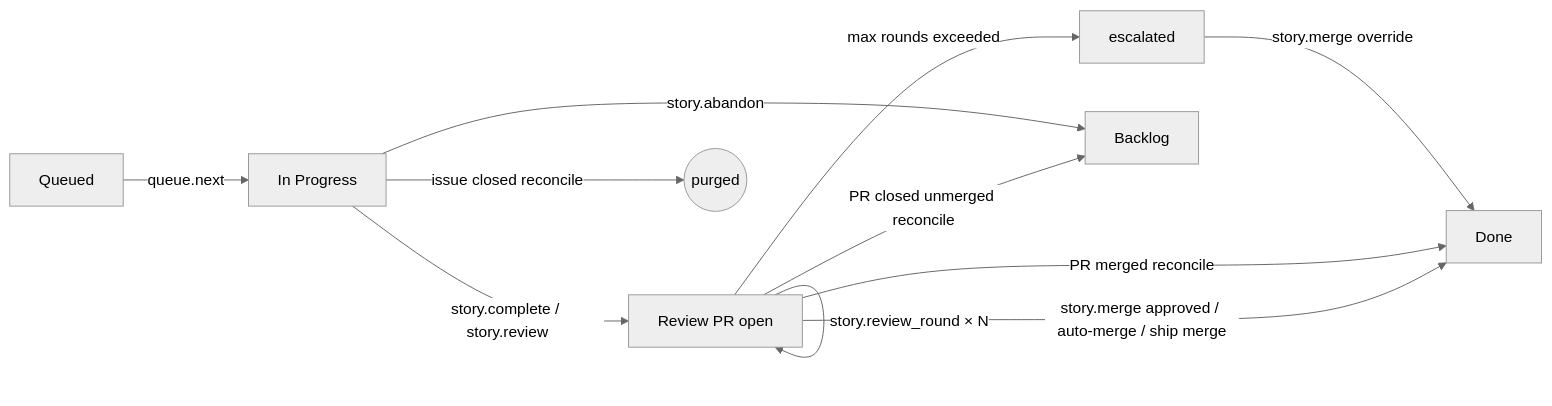
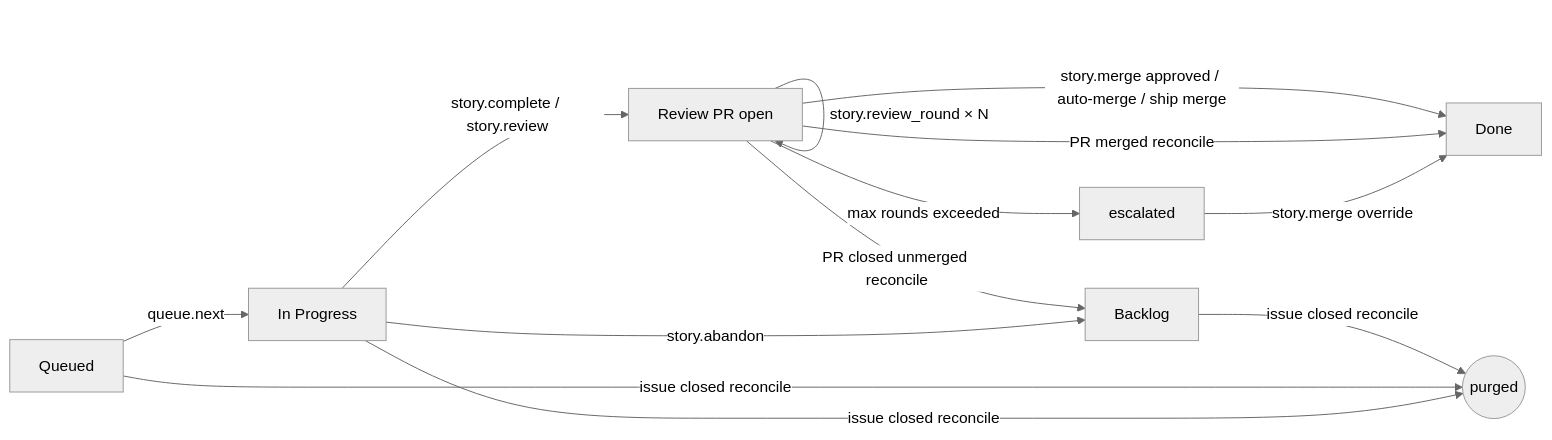
The diagram in README.md (andysolomon/arc-board), drawn with Mermaid (neutral theme) before and after one commit. The commit also changed 5 other files, not shown here.

````diff
--- a/README.md
+++ b/README.md
@@ -40,13 +40,15 @@
 ```mermaid
 flowchart LR
   Q[Queued] -->|queue.next| IP[In Progress]
   IP -->|story.complete / story.review| R[Review PR open]
   R -->|story.review_round × N| R
   R -->|story.merge approved / auto-merge / ship merge| D[Done]
   R -->|PR merged reconcile| D
   R -->|max rounds exceeded| E[escalated]
   E -->|story.merge override| D
   R -->|PR closed unmerged reconcile| B[Backlog]
-  IP -->|issue closed reconcile| X((purged))
+  B -->|issue closed reconcile| X((purged))
+  Q -->|issue closed reconcile| X
+  IP -->|issue closed reconcile| X
   IP -->|story.abandon| B
 ```
````
